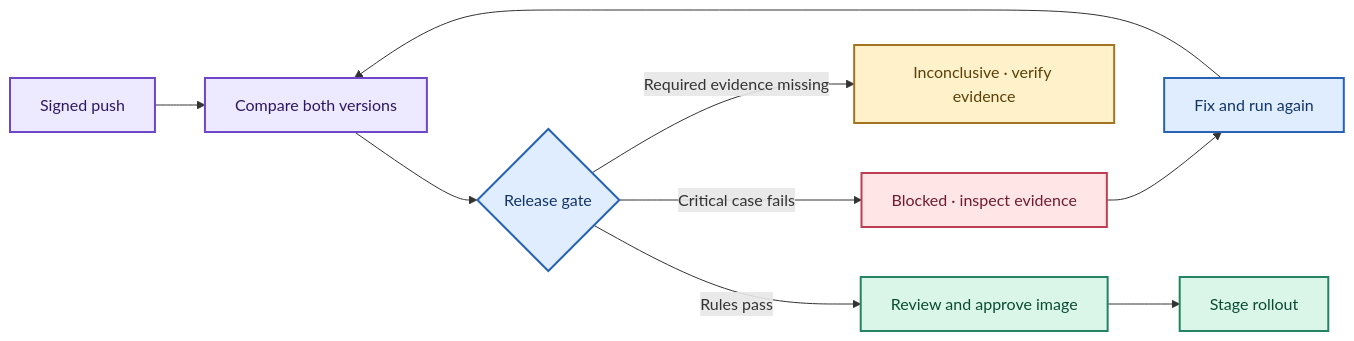
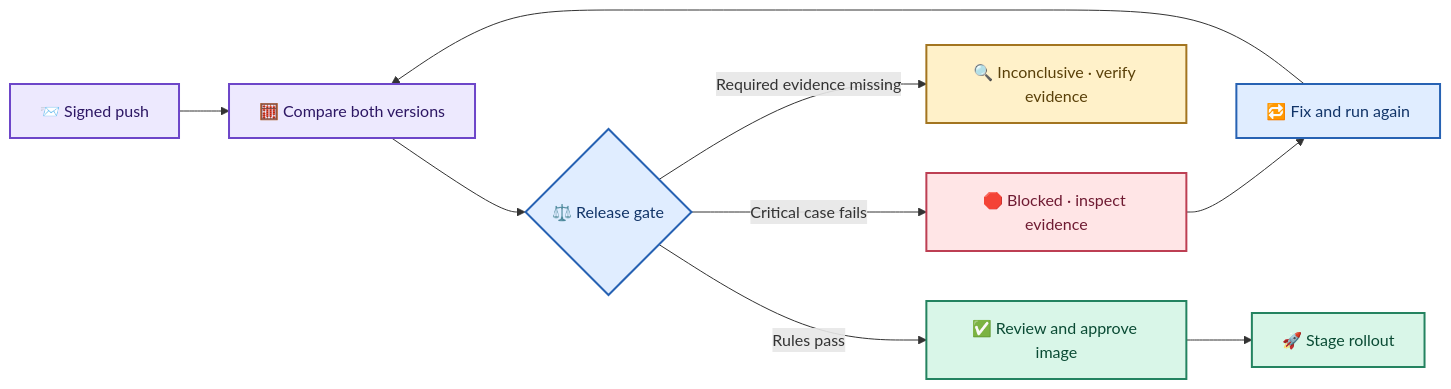
The diagram in README.md (sujayv26/release-trace), drawn with Mermaid before and after one commit. The commit also changed other lines of this file and 2 other files, not shown here.

Commit message:
docs(architecture): illustrate the system and source map

````diff
--- a/README.md
+++ b/README.md
@@ -11,20 +11,20 @@
 ```mermaid
 flowchart LR
     accTitle: ReleaseTrace review workflow
     accDescr: Compare the current and proposed versions on the same cases, review the gate decision, and approve a passing image before staged rollout.
-    Push["Signed push"] --> Compare["Compare both versions"] --> Gate{"Release gate"}
-    Gate -->|Critical case fails| Block["Blocked · inspect evidence"]
-    Block --> Fix["Fix and run again"] --> Compare
-    Gate -->|Required evidence missing| Hold["Inconclusive · verify evidence"]
-    Gate -->|Rules pass| Review["Review and approve image"] --> Rollout["Stage rollout"]
+    Push["📨 Signed push"] --> Compare["🧮 Compare both versions"] --> Gate{"⚖️ Release gate"}
+    Gate -->|Critical case fails| Block["🛑 Blocked · inspect evidence"]
+    Block --> Fix["🔁 Fix and run again"] --> Compare
+    Gate -->|Required evidence missing| Hold["🔍 Inconclusive · verify evidence"]
+    Gate -->|Rules pass| Review["✅ Review and approve image"] --> Rollout["🚀 Stage rollout"]
     classDef intake fill:#ede9fe,stroke:#6d46c9,color:#2d1764,stroke-width:2px
     classDef policy fill:#e0edff,stroke:#2762b3,color:#113468,stroke-width:2px
     classDef blocked fill:#ffe5e6,stroke:#bd3f53,color:#6f1b32,stroke-width:2px
     classDef pending fill:#fff1c9,stroke:#a37520,color:#5a4009,stroke-width:2px
     classDef passed fill:#d9f6e8,stroke:#248360,color:#0a4b34,stroke-width:2px
     class Push,Compare intake
     class Gate,Fix policy
     class Block blocked
     class Hold pending
     class Review,Rollout passed
 ```
````
